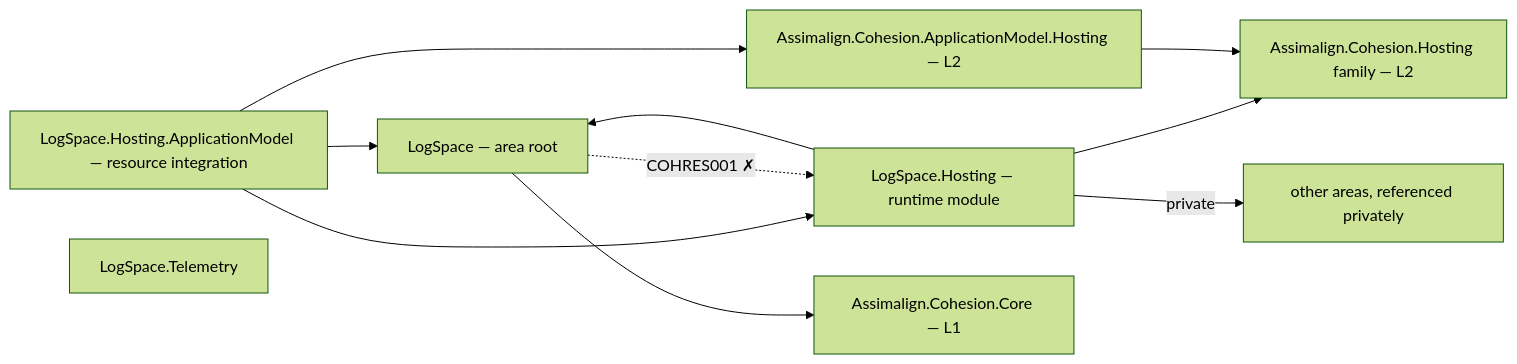
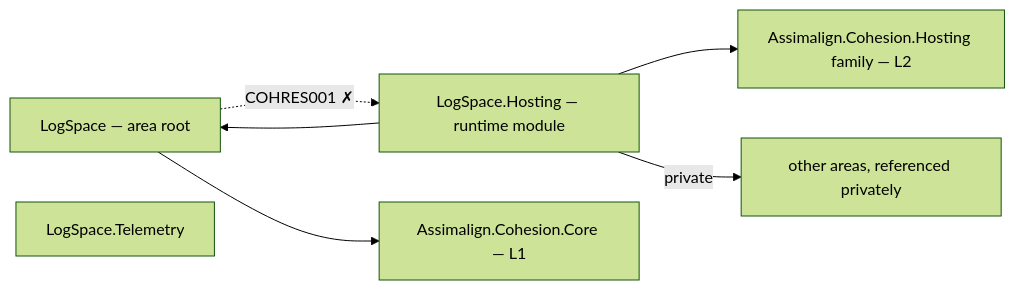
Before and after one commit to assimalign/cohesion: the diagram in resources/LogSpace/README.md, drawn with Mermaid (forest theme). The commit also changed other lines of this file and 141 other files, not shown here.

First line of the commit message:
docs(application-model): remove the old model from rules and docs

````diff
--- a/resources/LogSpace/README.md
+++ b/resources/LogSpace/README.md
@@ -12,20 +12,14 @@
 ```mermaid
 flowchart LR
     P0["LogSpace — area root"]
     P2["LogSpace.Hosting — runtime module"]
-    PAM["LogSpace.Hosting.ApplicationModel — resource integration"]
-    AMH["Assimalign.Cohesion.ApplicationModel.Hosting — L2"]
     P3["LogSpace.Telemetry"]
     CORE["Assimalign.Cohesion.Core — L1"]
     HOSTFAM["Assimalign.Cohesion.Hosting family — L2"]
     PRIV["other areas, referenced privately"]
     P0 --> CORE
     P2 --> HOSTFAM
     P2 --> P0
     P2 -->|"private"| PRIV
-    PAM --> P2
-    PAM --> P0
-    PAM --> AMH
-    AMH --> HOSTFAM
     P0 -.->|"COHRES001 ✗"| P2
 ```
````
